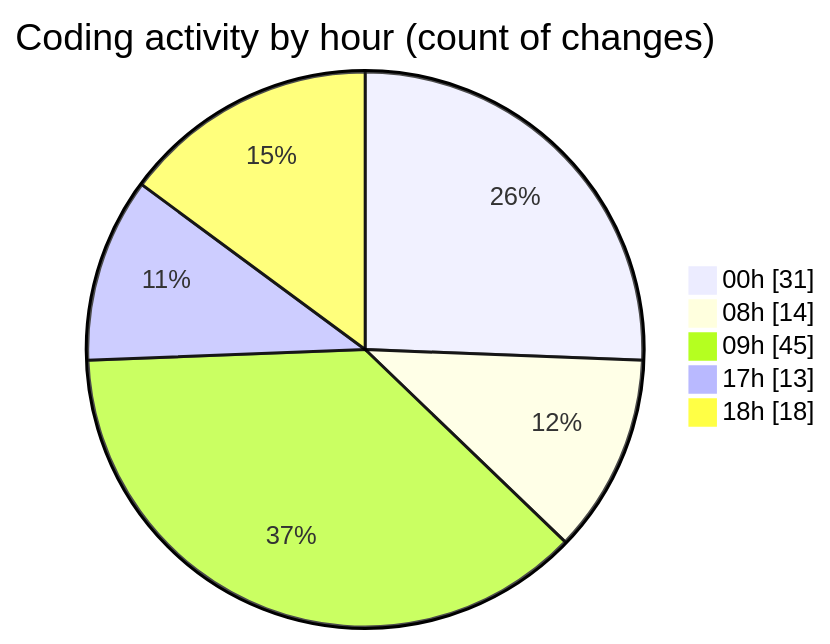
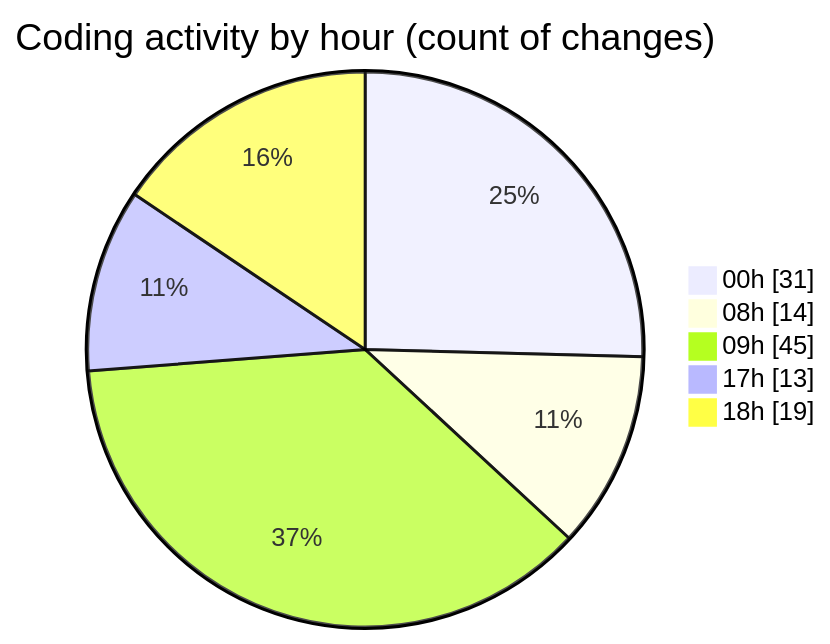
One commit to lephambinh05/code-tracking changed the second of 2 diagrams in 2025-08-03/studybuddy/README.md. Above: the diagram before and after it, drawn with Mermaid. The commit also changed other lines of this file and 1 other file, not shown here.

````diff
--- a/2025-08-03/studybuddy/README.md
+++ b/2025-08-03/studybuddy/README.md
@@ -70,9 +70,9 @@
 ```mermaid
 pie showData
 title Coding activity by hour (count of changes)
 "00h" : 31
 "08h" : 14
 "09h" : 45
 "17h" : 13
-"18h" : 18
+"18h" : 19
 ```
````
